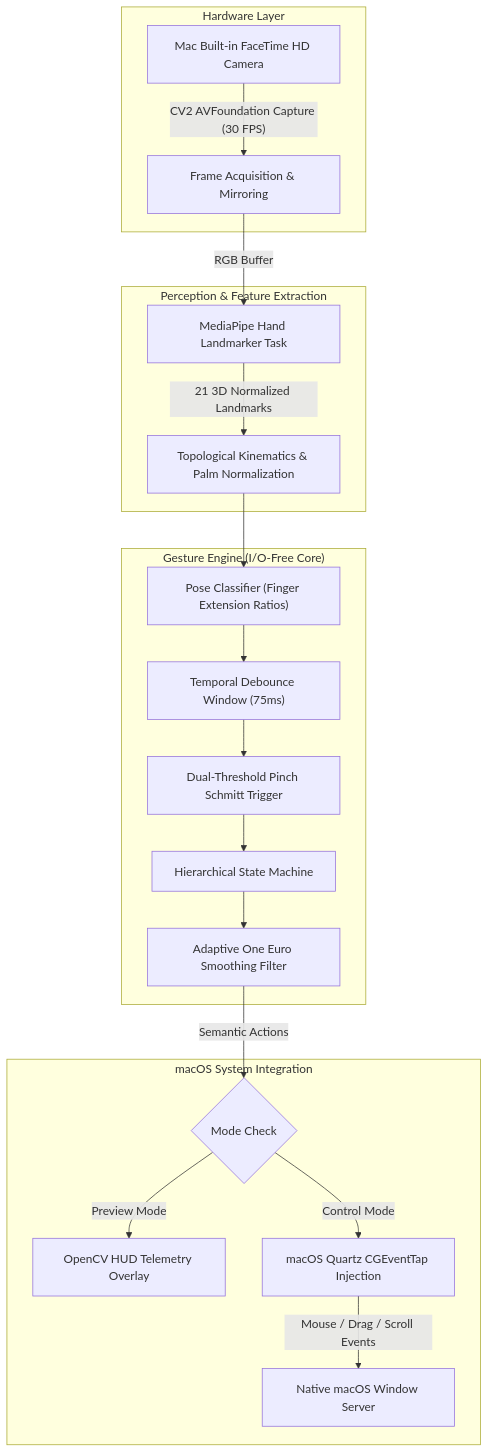
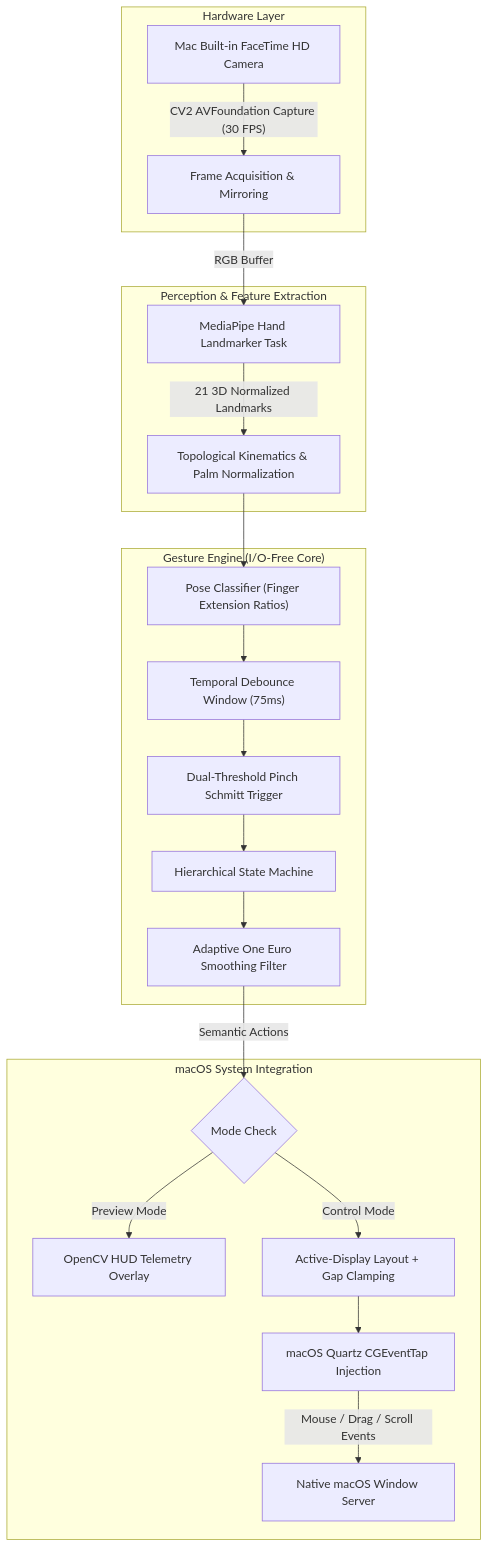
The first of 2 diagrams in README.md (satiricalguru/Mac-gesture-control), drawn with Mermaid before and after one commit. The commit also changed other lines of this file and 13 other files, not shown here.

First line of the commit message:
Harden gesture pipeline, Quartz controller, and test suite with macOS CI

````diff
--- a/README.md
+++ b/README.md
@@ -130,26 +132,27 @@
 ```mermaid
 flowchart TD
     subgraph Hardware ["Hardware Layer"]
         CAM["Mac Built-in FaceTime HD Camera"] -->|"CV2 AVFoundation Capture (30 FPS)"| CAP["Frame Acquisition & Mirroring"]
     end
 
     subgraph Perception ["Perception & Feature Extraction"]
         CAP -->|"RGB Buffer"| MP["MediaPipe Hand Landmarker Task"]
         MP -->|"21 3D Normalized Landmarks"| GEOM["Topological Kinematics & Palm Normalization"]
     end
 
     subgraph Engine ["Gesture Engine (I/O-Free Core)"]
         GEOM --> CLAS["Pose Classifier (Finger Extension Ratios)"]
         CLAS --> STAB["Temporal Debounce Window (75ms)"]
         STAB --> HYST["Dual-Threshold Pinch Schmitt Trigger"]
         HYST --> SM["Hierarchical State Machine"]
         SM --> OEF["Adaptive One Euro Smoothing Filter"]
     end
 
     subgraph OS ["macOS System Integration"]
         OEF -->|"Semantic Actions"| CTRL{"Mode Check"}
         CTRL -->|"Preview Mode"| OCV["OpenCV HUD Telemetry Overlay"]
-        CTRL -->|"Control Mode"| QZ["macOS Quartz CGEventTap Injection"]
+        CTRL -->|"Control Mode"| MAP["Active-Display Layout + Gap Clamping"]
+        MAP --> QZ["macOS Quartz CGEventTap Injection"]
         QZ -->|"Mouse / Drag / Scroll Events"| WIN["Native macOS Window Server"]
     end
 ```
````
